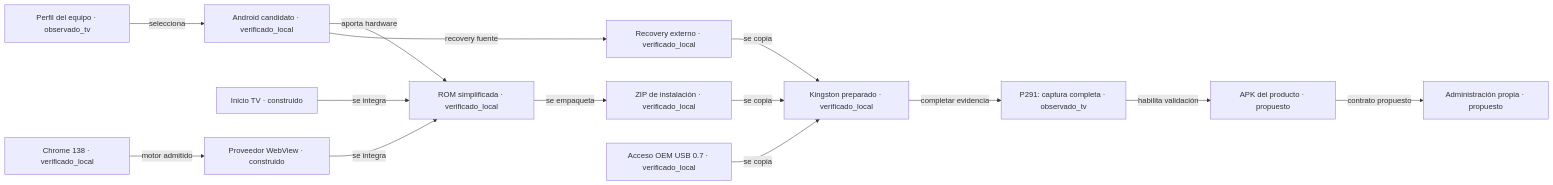
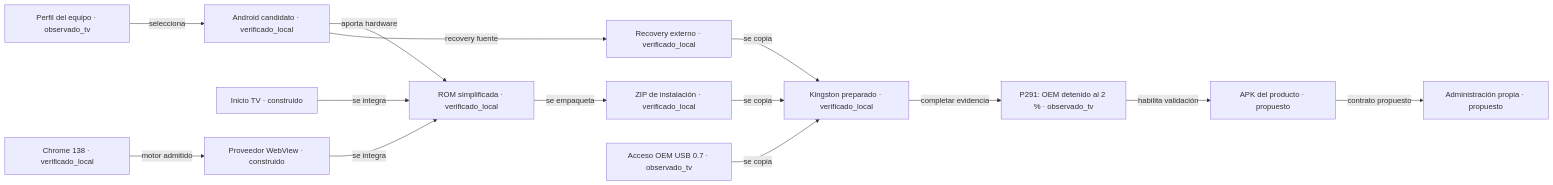
The diagram in docs/MAPA-ARCHIVOS.md (tablerosapp-ctrl/mxqpro4k), drawn with Mermaid before and after one commit. The commit also changed other lines of this file and 14 other files, not shown here.

First line of the commit message:
Registra bloqueo OEM al 2 por ciento con la ROM completa

````diff
--- a/docs/MAPA-ARCHIVOS.md
+++ b/docs/MAPA-ARCHIVOS.md
@@ -7,29 +7,29 @@
 ```mermaid
 flowchart LR
     C_PERFIL["Perfil del equipo · observado_tv"]
     C_BASE["Android candidato · verificado_local"]
     C_CHROME["Chrome 138 · verificado_local"]
     C_INICIO["Inicio TV · construido"]
     C_ROM["ROM simplificada · verificado_local"]
     C_WEB["Proveedor WebView · construido"]
     C_ZIP["ZIP de instalación · verificado_local"]
     C_REC["Recovery externo · verificado_local"]
-    C_ENTRY["Acceso OEM USB 0.7 · verificado_local"]
+    C_ENTRY["Acceso OEM USB 0.7 · observado_tv"]
     C_USB["Kingston preparado · verificado_local"]
-    C_TV["P291: captura completa · observado_tv"]
+    C_TV["P291: OEM detenido al 2 % · observado_tv"]
     C_APP["APK del producto · propuesto"]
     C_GESTION["Administración propia · propuesto"]
     C_PERFIL -->|"selecciona"| C_BASE
     C_BASE -->|"aporta hardware"| C_ROM
     C_CHROME -->|"motor admitido"| C_WEB
     C_INICIO -->|"se integra"| C_ROM
     C_WEB -->|"se integra"| C_ROM
     C_ROM -->|"se empaqueta"| C_ZIP
     C_BASE -->|"recovery fuente"| C_REC
     C_ZIP -->|"se copia"| C_USB
     C_REC -->|"se copia"| C_USB
     C_ENTRY -->|"se copia"| C_USB
     C_USB -->|"completar evidencia"| C_TV
     C_TV -->|"habilita validación"| C_APP
     C_APP -->|"contrato propuesto"| C_GESTION
 ```
````
